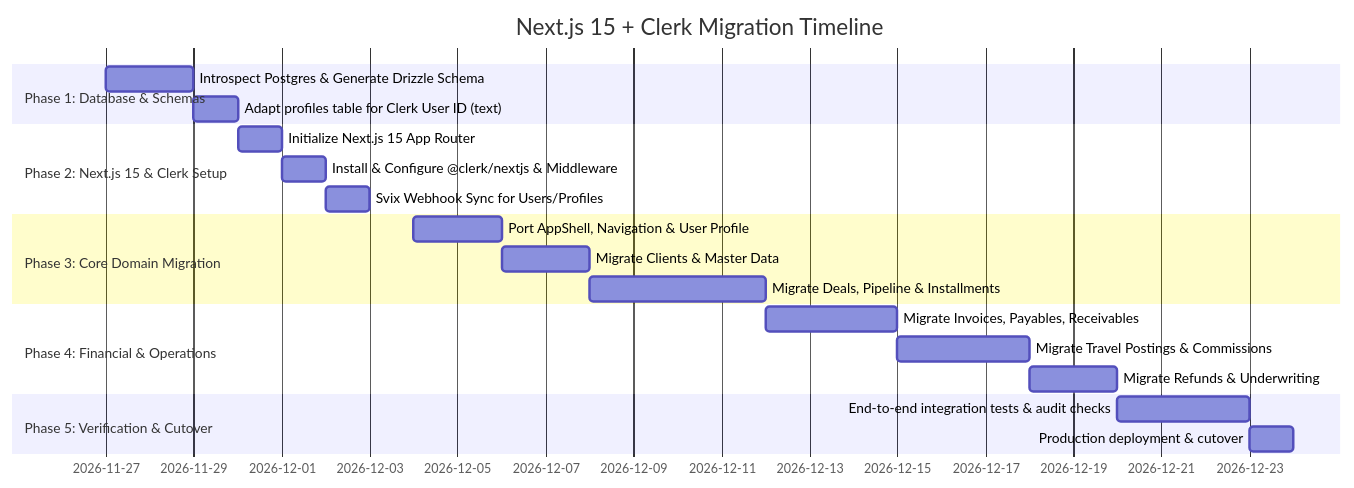
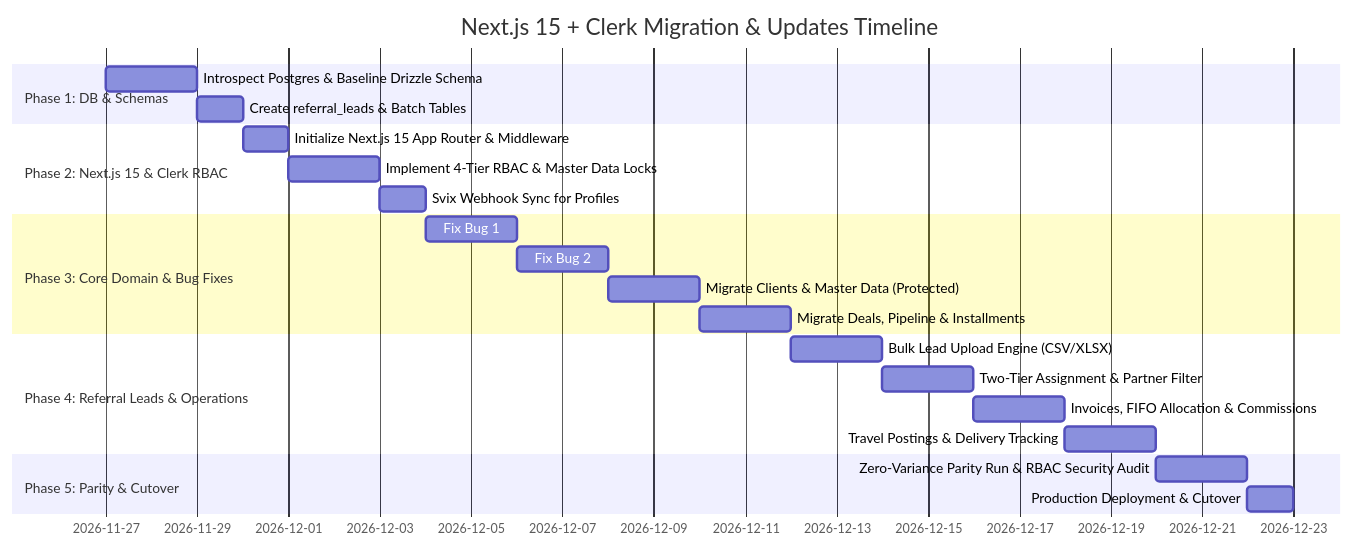
The third of 3 diagrams in docs/NEXTJS_MIGRATION_AND_CLEANUP_PLAN.md (InsureKar/pk-policy-hub), drawn with Mermaid before and after one commit. The commit also changed other lines of this file, not shown here.

Commit message:
updated plan to control bug in current system and add new feature

````diff
--- a/docs/NEXTJS_MIGRATION_AND_CLEANUP_PLAN.md
+++ b/docs/NEXTJS_MIGRATION_AND_CLEANUP_PLAN.md
@@ -584,23 +985,25 @@
 ```mermaid
 gantt
-    title Next.js 15 + Clerk Migration Timeline
+    title Next.js 15 + Clerk Migration & Updates Timeline
     dateFormat  YYYY-MM-DD
-    section Phase 1: Database & Schemas
-    Introspect Postgres & Generate Drizzle Schema :2026-11-27, 2d
-    Adapt profiles table for Clerk User ID (text) :2026-11-29, 1d
-    section Phase 2: Next.js 15 & Clerk Setup
-    Initialize Next.js 15 App Router             :2026-11-30, 1d
-    Install & Configure @clerk/nextjs & Middleware:2026-12-01, 1d
-    Svix Webhook Sync for Users/Profiles         :2026-12-02, 1d
-    section Phase 3: Core Domain Migration
-    Port AppShell, Navigation & User Profile     :2026-12-04, 2d
-    Migrate Clients & Master Data                :2026-12-06, 2d
-    Migrate Deals, Pipeline & Installments       :2026-12-08, 4d
-    section Phase 4: Financial & Operations
-    Migrate Invoices, Payables, Receivables      :2026-12-12, 3d
-    Migrate Travel Postings & Commissions        :2026-12-15, 3d
-    Migrate Refunds & Underwriting               :2026-12-18, 2d
-    section Phase 5: Verification & Cutover
-    End-to-end integration tests & audit checks  :2026-12-20, 3d
-    Production deployment & cutover              :2026-12-23, 1d
+    section Phase 1: DB & Schemas
+    Introspect Postgres & Baseline Drizzle Schema :2026-11-27, 2d
+    Create referral_leads & Batch Tables          :2026-11-29, 1d
+    section Phase 2: Next.js 15 & Clerk RBAC
+    Initialize Next.js 15 App Router & Middleware :2026-11-30, 1d
+    Implement 4-Tier RBAC & Master Data Locks     :2026-12-01, 2d
+    Svix Webhook Sync for Profiles               :2026-12-03, 1d
+    section Phase 3: Core Domain & Bug Fixes
+    Fix Bug 1: DO vs Team Lead Attribution       :2026-12-04, 2d
+    Fix Bug 2: Won vs Tagged Premium Parity      :2026-12-06, 2d
+    Migrate Clients & Master Data (Protected)    :2026-12-08, 2d
+    Migrate Deals, Pipeline & Installments       :2026-12-10, 2d
+    section Phase 4: Referral Leads & Operations
+    Bulk Lead Upload Engine (CSV/XLSX)           :2026-12-12, 2d
+    Two-Tier Assignment & Partner Filter         :2026-12-14, 2d
+    Invoices, FIFO Allocation & Commissions      :2026-12-16, 2d
+    Travel Postings & Delivery Tracking          :2026-12-18, 2d
+    section Phase 5: Parity & Cutover
+    Zero-Variance Parity Run & RBAC Security Audit:2026-12-20, 2d
+    Production Deployment & Cutover              :2026-12-22, 1d
 ```
````
